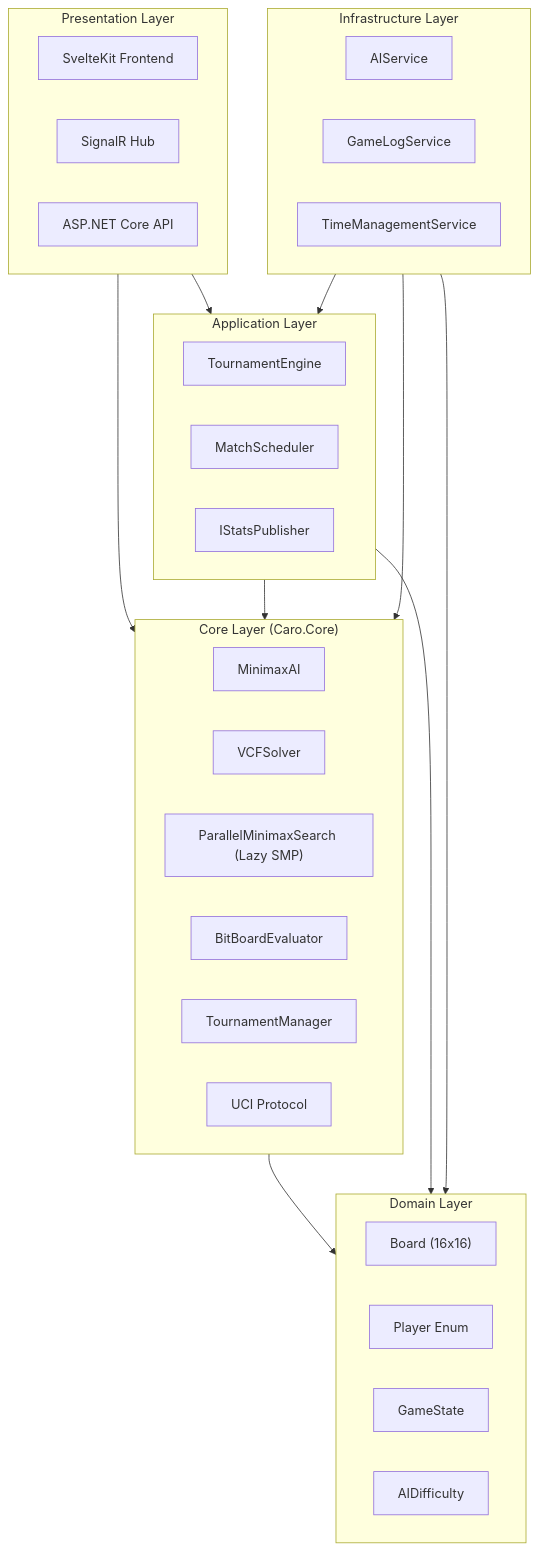
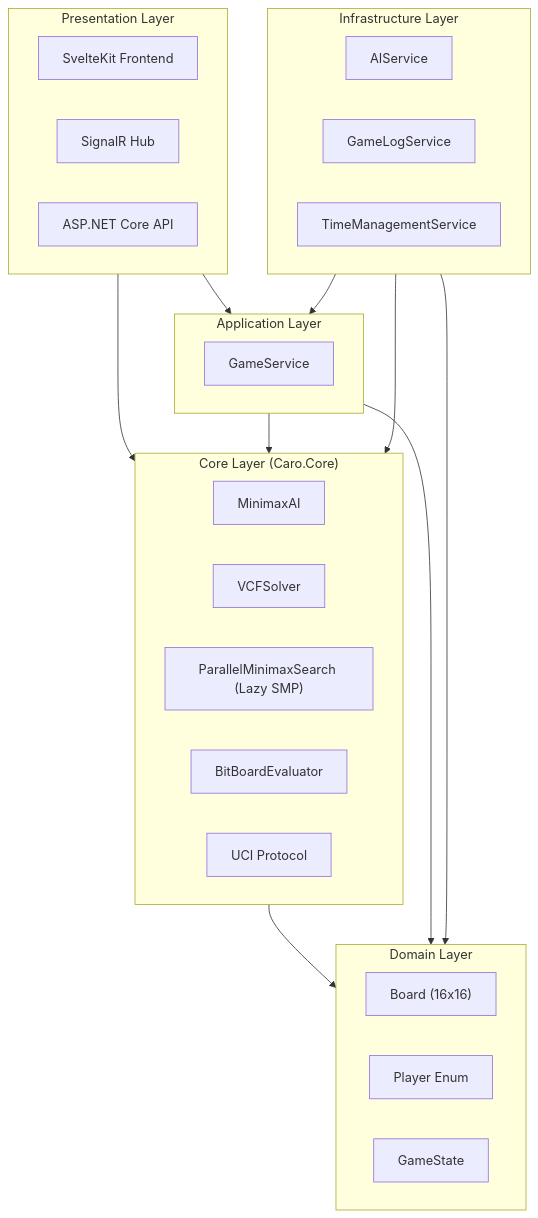
The diagram in README.md (lavantien/caro-ai-pvp), drawn with Mermaid before and after one commit. The commit also changed other lines of this file and 5 other files, not shown here.

````diff
--- a/README.md
+++ b/README.md
@@ -243,45 +187,41 @@
 ```mermaid
 graph TB
     subgraph Presentation["Presentation Layer"]
         SvelteKit["SvelteKit Frontend"]
         SignalR["SignalR Hub"]
         API["ASP.NET Core API"]
     end
 
     subgraph Application["Application Layer"]
-        TournamentEngine["TournamentEngine"]
-        MatchScheduler["MatchScheduler"]
-        StatsPublisher["IStatsPublisher"]
+        GameService["GameService"]
     end
 
     subgraph Core["Core Layer (Caro.Core)"]
         MinimaxAI["MinimaxAI"]
         VCFSolver["VCFSolver"]
         ParallelSearch["ParallelMinimaxSearch (Lazy SMP)"]
         Evaluator["BitBoardEvaluator"]
-        TournamentManager["TournamentManager"]
         UCIProtocol["UCI Protocol"]
     end
 
     subgraph Domain["Domain Layer"]
         Board["Board (16x16)"]
         Player["Player Enum"]
         GameState["GameState"]
-        AIDifficulty["AIDifficulty"]
     end
 
     subgraph Infrastructure["Infrastructure Layer"]
         AIService["AIService"]
         GameLogService["GameLogService"]
         TimeManagementService["TimeManagementService"]
     end
 
     Presentation --> Application
     Presentation --> Core
     Core --> Domain
     Application --> Core
     Application --> Domain
     Infrastructure --> Core
     Infrastructure --> Application
     Infrastructure --> Domain
 ```
````
